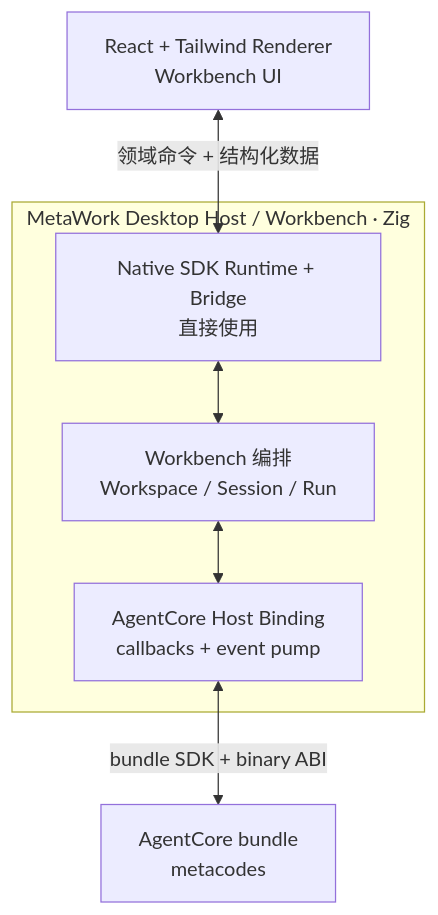
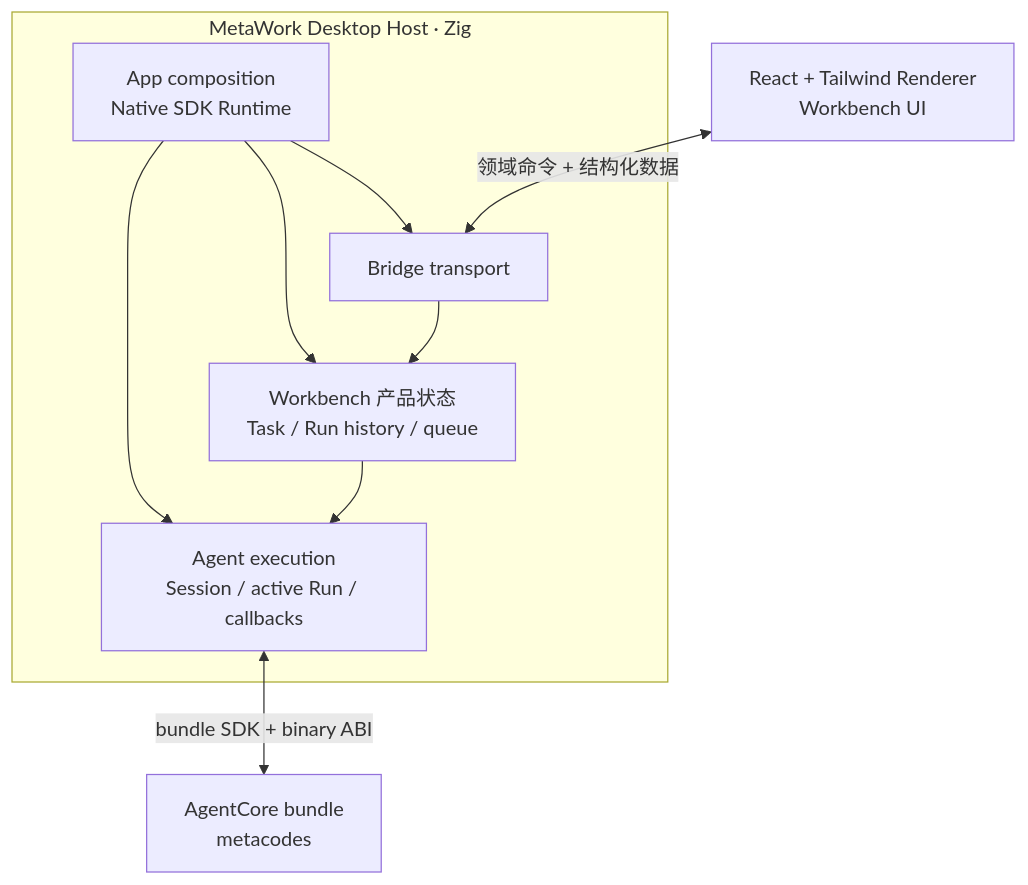
The diagram in docs/architecture.md (metask-ai/metawork), drawn with Mermaid before and after one commit. The commit also changed other lines of this file and 20 other files, not shown here.

````diff
--- a/docs/architecture.md
+++ b/docs/architecture.md
@@ -53,17 +53,21 @@
 ```mermaid
 flowchart TB
     UI["React + Tailwind Renderer<br/>Workbench UI"]
 
-    subgraph HOST["MetaWork Desktop Host / Workbench · Zig"]
-        NATIVE["Native SDK Runtime + Bridge<br/>直接使用"]
-        WB["Workbench 编排<br/>Workspace / Session / Run"]
-        BACKEND["AgentCore Host Binding<br/>callbacks + event pump"]
-        NATIVE <--> WB
-        WB <--> BACKEND
+    subgraph HOST["MetaWork Desktop Host · Zig"]
+        APP["App composition<br/>Native SDK Runtime"]
+        BRIDGE["Bridge transport"]
+        WB["Workbench 产品状态<br/>Task / Run history / queue"]
+        AGENT["Agent execution<br/>Session / active Run / callbacks"]
+        APP --> BRIDGE
+        APP --> WB
+        APP --> AGENT
+        BRIDGE --> WB
+        WB --> AGENT
     end
 
     CORE["AgentCore bundle<br/>metacodes"]
 
-    UI <-->|"领域命令 + 结构化数据"| NATIVE
-    BACKEND <-->|"bundle SDK + binary ABI"| CORE
+    UI <-->|"领域命令 + 结构化数据"| BRIDGE
+    AGENT <-->|"bundle SDK + binary ABI"| CORE
 ```
````
